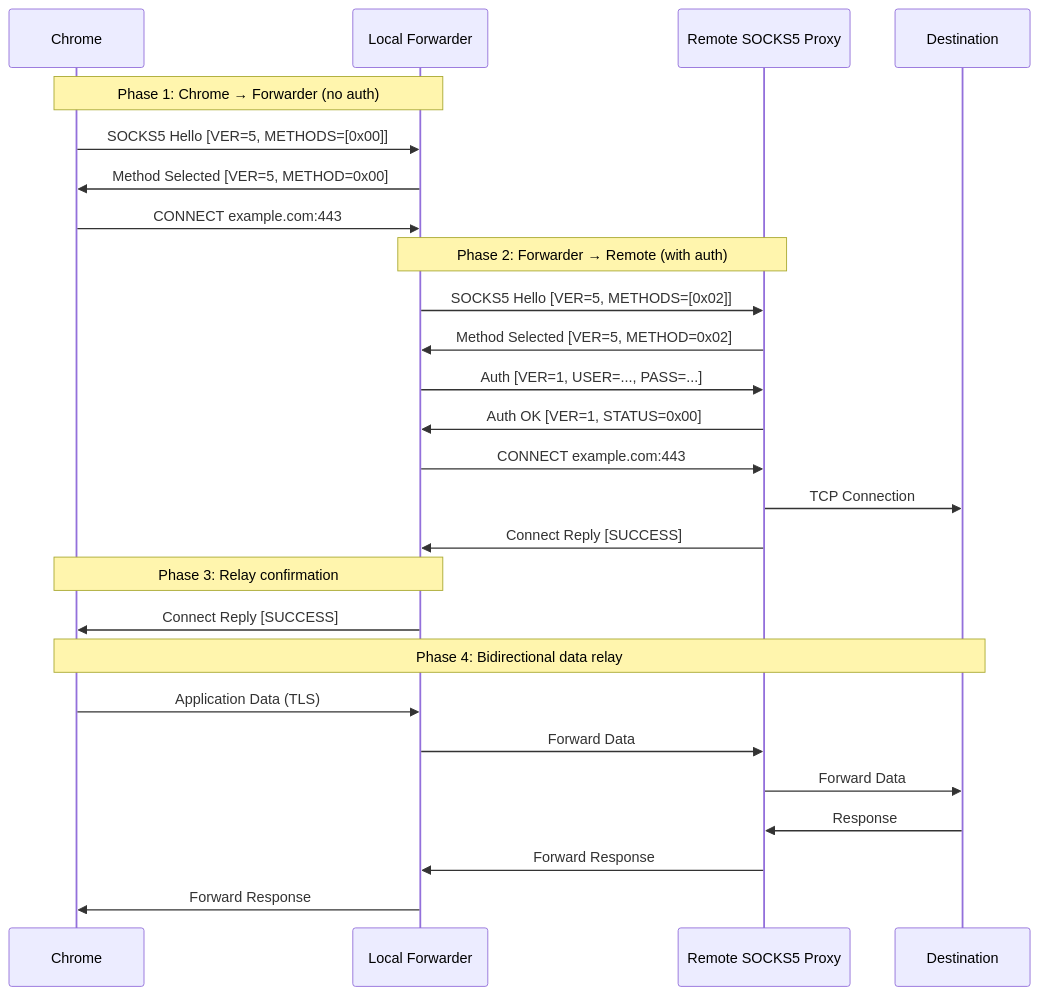
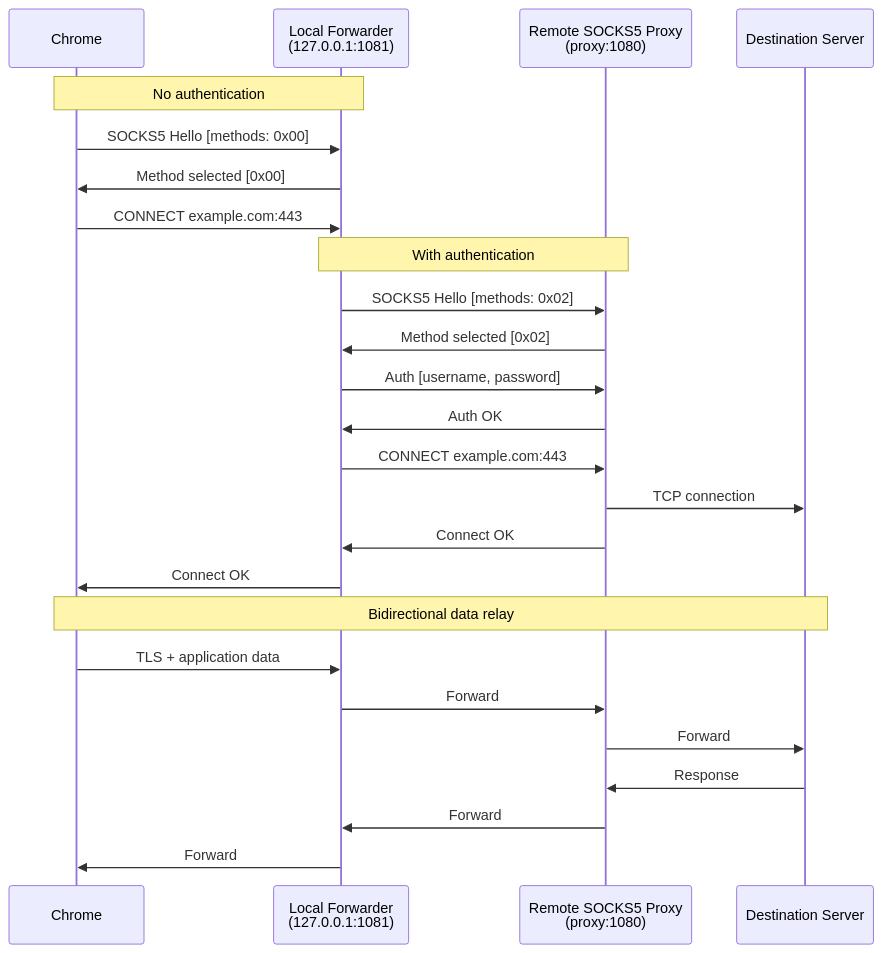
One commit to autoscrape-labs/pydoll changed the third of 3 diagrams in docs/en/deep-dive/network/socks-proxies.md. Above: the diagram before and after it, drawn with Mermaid. The commit also changed other lines of this file and 4 other files, not shown here.

````diff
--- a/docs/en/deep-dive/network/socks-proxies.md
+++ b/docs/en/deep-dive/network/socks-proxies.md
@@ -496,32 +243,31 @@
 ```mermaid
 sequenceDiagram
     participant Chrome
-    participant Forwarder as Local Forwarder
-    participant Remote as Remote SOCKS5 Proxy
-    participant Server as Destination
+    participant Forwarder as Local Forwarder<br/>(127.0.0.1:1081)
+    participant Remote as Remote SOCKS5 Proxy<br/>(proxy:1080)
+    participant Server as Destination Server
 
-    Note over Chrome,Forwarder: Phase 1: Chrome → Forwarder (no auth)
-    Chrome->>Forwarder: SOCKS5 Hello [VER=5, METHODS=[0x00]]
-    Forwarder->>Chrome: Method Selected [VER=5, METHOD=0x00]
+    Note over Chrome,Forwarder: No authentication
+    Chrome->>Forwarder: SOCKS5 Hello [methods: 0x00]
+    Forwarder->>Chrome: Method selected [0x00]
     Chrome->>Forwarder: CONNECT example.com:443
 
-    Note over Forwarder,Remote: Phase 2: Forwarder → Remote (with auth)
-    Forwarder->>Remote: SOCKS5 Hello [VER=5, METHODS=[0x02]]
-    Remote->>Forwarder: Method Selected [VER=5, METHOD=0x02]
-    Forwarder->>Remote: Auth [VER=1, USER=..., PASS=...]
-    Remote->>Forwarder: Auth OK [VER=1, STATUS=0x00]
+    Note over Forwarder,Remote: With authentication
+    Forwarder->>Remote: SOCKS5 Hello [methods: 0x02]
+    Remote->>Forwarder: Method selected [0x02]
+    Forwarder->>Remote: Auth [username, password]
+    Remote->>Forwarder: Auth OK
     Forwarder->>Remote: CONNECT example.com:443
-    Remote->>Server: TCP Connection
-    Remote->>Forwarder: Connect Reply [SUCCESS]
+    Remote->>Server: TCP connection
+    Remote->>Forwarder: Connect OK
 
-    Note over Chrome,Forwarder: Phase 3: Relay confirmation
-    Forwarder->>Chrome: Connect Reply [SUCCESS]
+    Forwarder->>Chrome: Connect OK
 
-    Note over Chrome,Server: Phase 4: Bidirectional data relay
-    Chrome->>Forwarder: Application Data (TLS)
-    Forwarder->>Remote: Forward Data
-    Remote->>Server: Forward Data
+    Note over Chrome,Server: Bidirectional data relay
+    Chrome->>Forwarder: TLS + application data
+    Forwarder->>Remote: Forward
+    Remote->>Server: Forward
     Server->>Remote: Response
-    Remote->>Forwarder: Forward Response
-    Forwarder->>Chrome: Forward Response
+    Remote->>Forwarder: Forward
+    Forwarder->>Chrome: Forward
 ```
````
